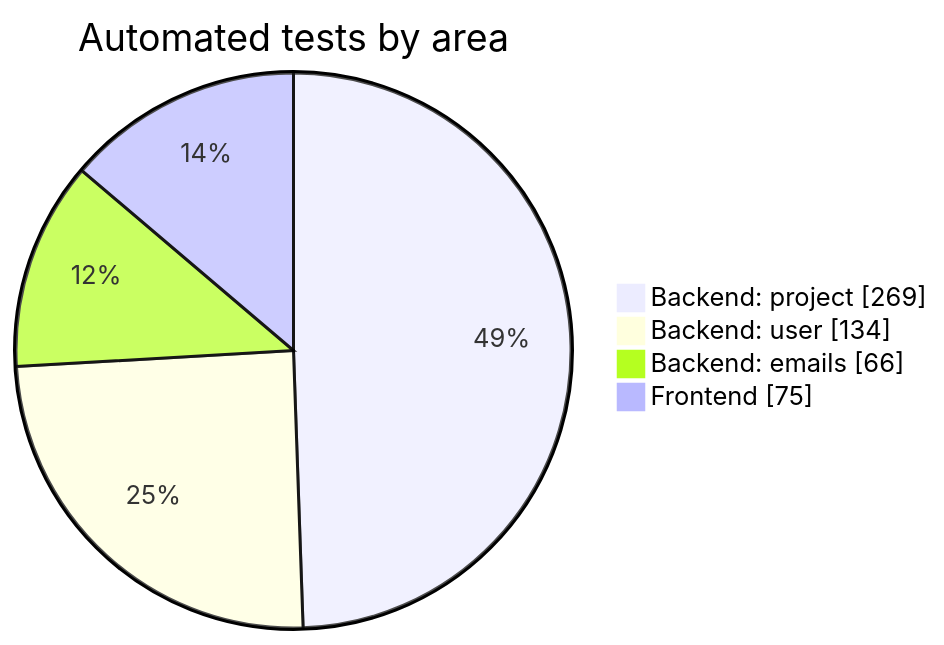
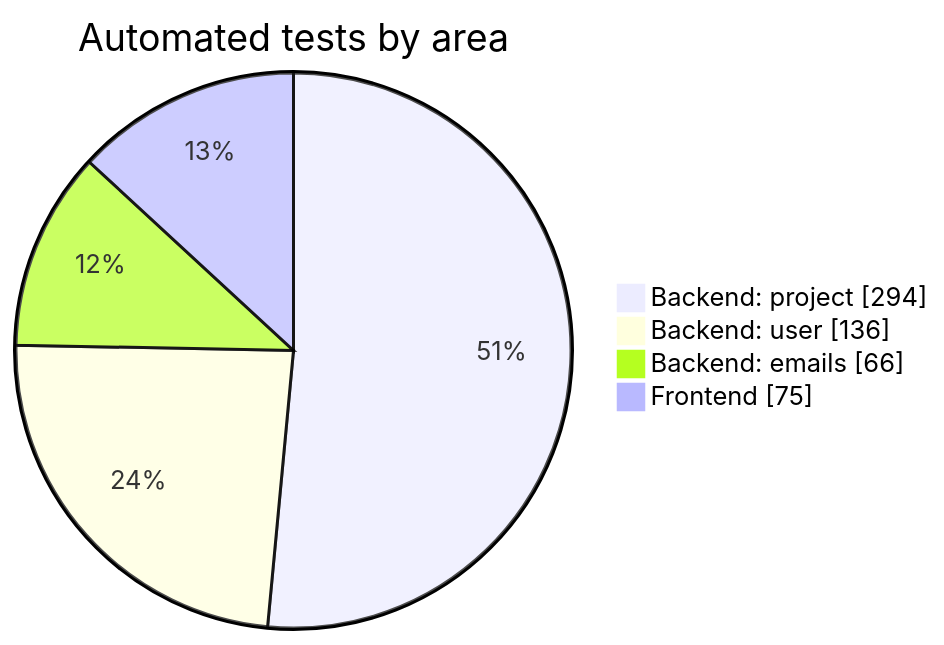
Before and after one commit to monicadelaine/capstone-design: the second of 2 diagrams in docs/development-guide/conventions.md, drawn with Mermaid. The commit also changed other lines of this file and 29 other files, not shown here.

````diff
--- a/docs/development-guide/conventions.md
+++ b/docs/development-guide/conventions.md
@@ -109,8 +109,8 @@
 ```mermaid
 pie showData
     title Automated tests by area
-    "Backend: project" : 269
-    "Backend: user" : 134
+    "Backend: project" : 294
+    "Backend: user" : 136
     "Backend: emails" : 66
     "Frontend" : 75
 ```
````
